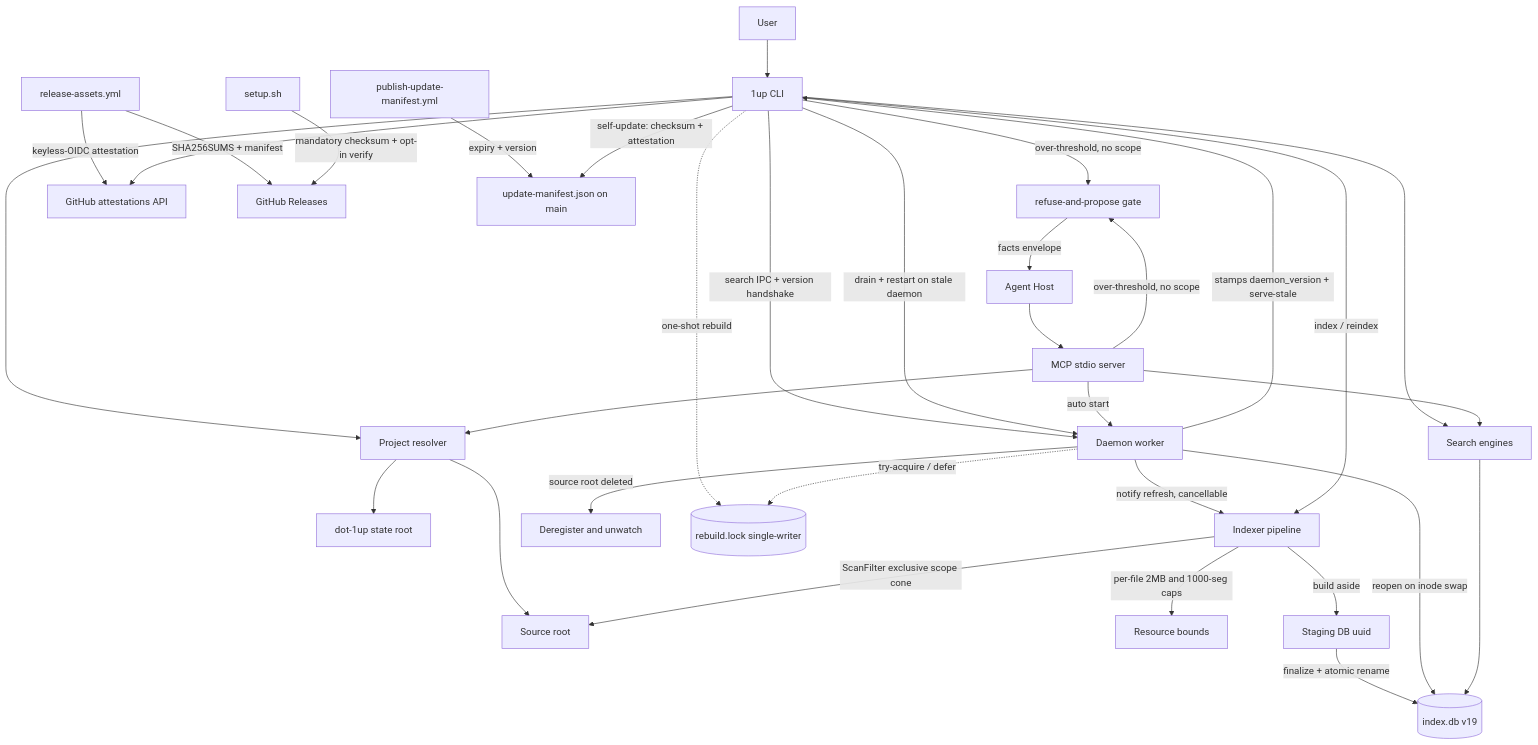
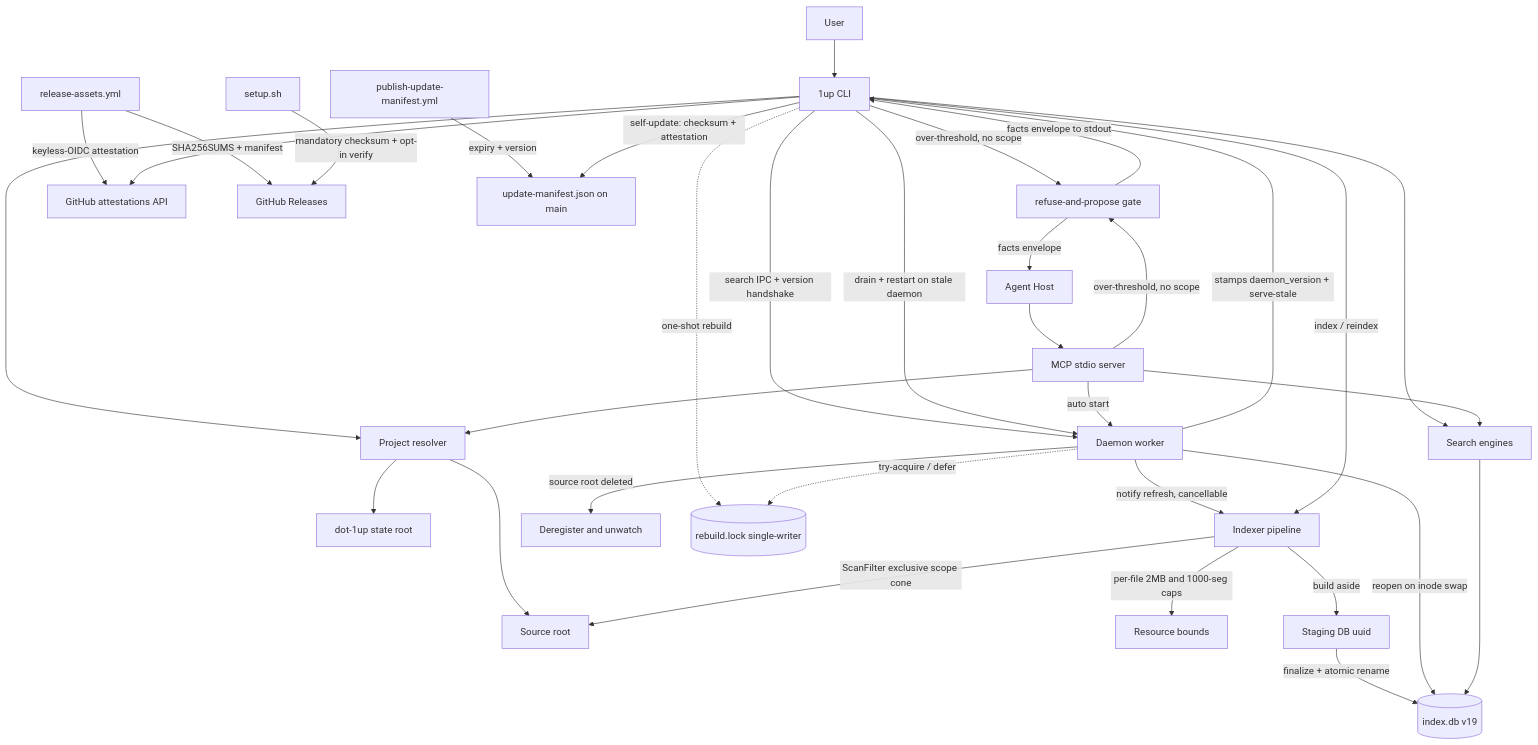
The diagram in .rp1/context/architecture.md (rp1-run/1up), drawn with Mermaid before and after one commit. The commit also changed 6 other files, not shown here.

````diff
--- a/.rp1/context/architecture.md
+++ b/.rp1/context/architecture.md
@@ -82,35 +82,36 @@
 ```mermaid
 graph TB
     User[User] --> CLI[1up CLI]
     Host[Agent Host] --> MCP[MCP stdio server]
     CLI --> Project[Project resolver]
     MCP --> Project
     Project --> State[dot-1up state root]
     Project --> Source[Source root]
     CLI -->|search IPC + version handshake| Daemon[Daemon worker]
     Daemon -->|stamps daemon_version + serve-stale| CLI
     CLI -->|drain + restart on stale daemon| Daemon
     MCP -->|auto start| Daemon
     Daemon -->|notify refresh, cancellable| Indexer[Indexer pipeline]
     Daemon -->|source root deleted| Deregister[Deregister and unwatch]
     CLI -->|index / reindex| Indexer
     MCP -->|over-threshold, no scope| Gate[refuse-and-propose gate]
     CLI -->|over-threshold, no scope| Gate
     Gate -->|facts envelope| Host
+    Gate -->|facts envelope to stdout| CLI
     Indexer -->|per-file 2MB and 1000-seg caps| Bounds[Resource bounds]
     Indexer -->|ScanFilter exclusive scope cone| Source
     Indexer -->|build aside| Staging[Staging DB uuid]
     Staging -->|finalize + atomic rename| Storage[(index.db v19)]
     Daemon -->|reopen on inode swap| Storage
     CLI -. one-shot rebuild .-> Lock[(rebuild.lock single-writer)]
     Daemon -. try-acquire / defer .-> Lock
     Search[Search engines] --> Storage
     CLI --> Search
     MCP --> Search
     Release[release-assets.yml] -->|keyless-OIDC attestation| Attest[GitHub attestations API]
     Release -->|SHA256SUMS + manifest| GHR[GitHub Releases]
     Publish[publish-update-manifest.yml] -->|expiry + version| Manifest[update-manifest.json on main]
     CLI -->|self-update: checksum + attestation| Manifest
     CLI --> Attest
     Setup[setup.sh] -->|mandatory checksum + opt-in verify| GHR
 ```
````
